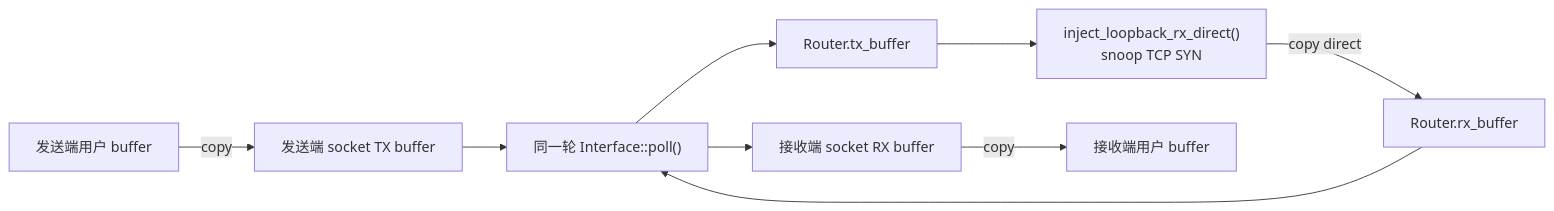
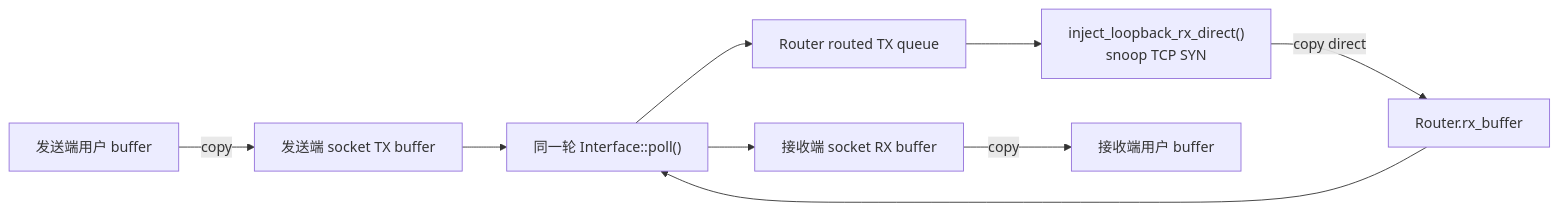
The fourth of 4 diagrams in docs/docs/architecture/net/memory.md (rcore-os/tgoskits), drawn with Mermaid before and after one commit. The commit also changed other lines of this file and 19 other files, not shown here.

````diff
--- a/docs/docs/architecture/net/memory.md
+++ b/docs/docs/architecture/net/memory.md
@@ -366,20 +368,20 @@
 ```mermaid
 flowchart LR
     UserA["发送端用户 buffer"]
     SockA["发送端 socket TX buffer"]
-    RouterTx["Router.tx_buffer"]
+    RouterTx["Router routed TX queue"]
     Inject["inject_loopback_rx_direct()<br/>snoop TCP SYN"]
     RouterRx["Router.rx_buffer"]
     Poll["同一轮 Interface::poll()"]
     SockB["接收端 socket RX buffer"]
     UserB["接收端用户 buffer"]
 
     UserA -->|"copy"| SockA
     SockA --> Poll
     Poll --> RouterTx
     RouterTx --> Inject
     Inject -->|"copy direct"| RouterRx
     RouterRx --> Poll
     Poll --> SockB
     SockB -->|"copy"| UserB
 ```
````
